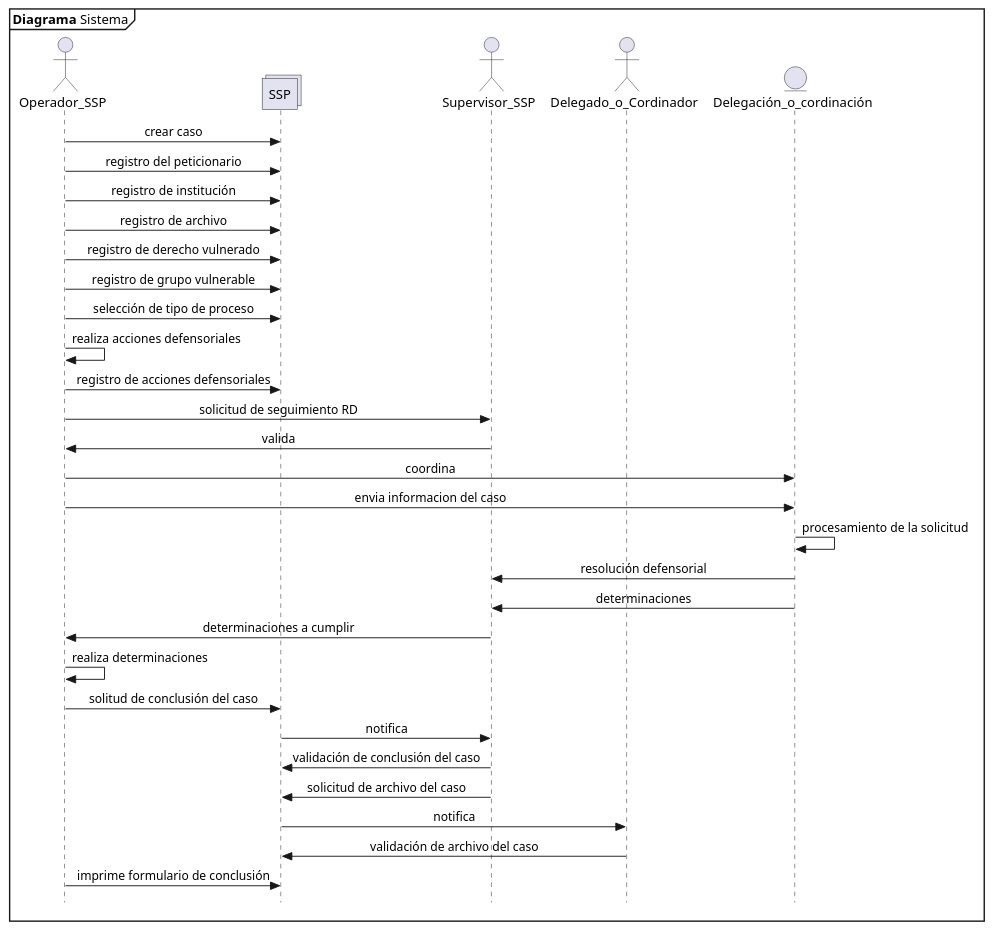
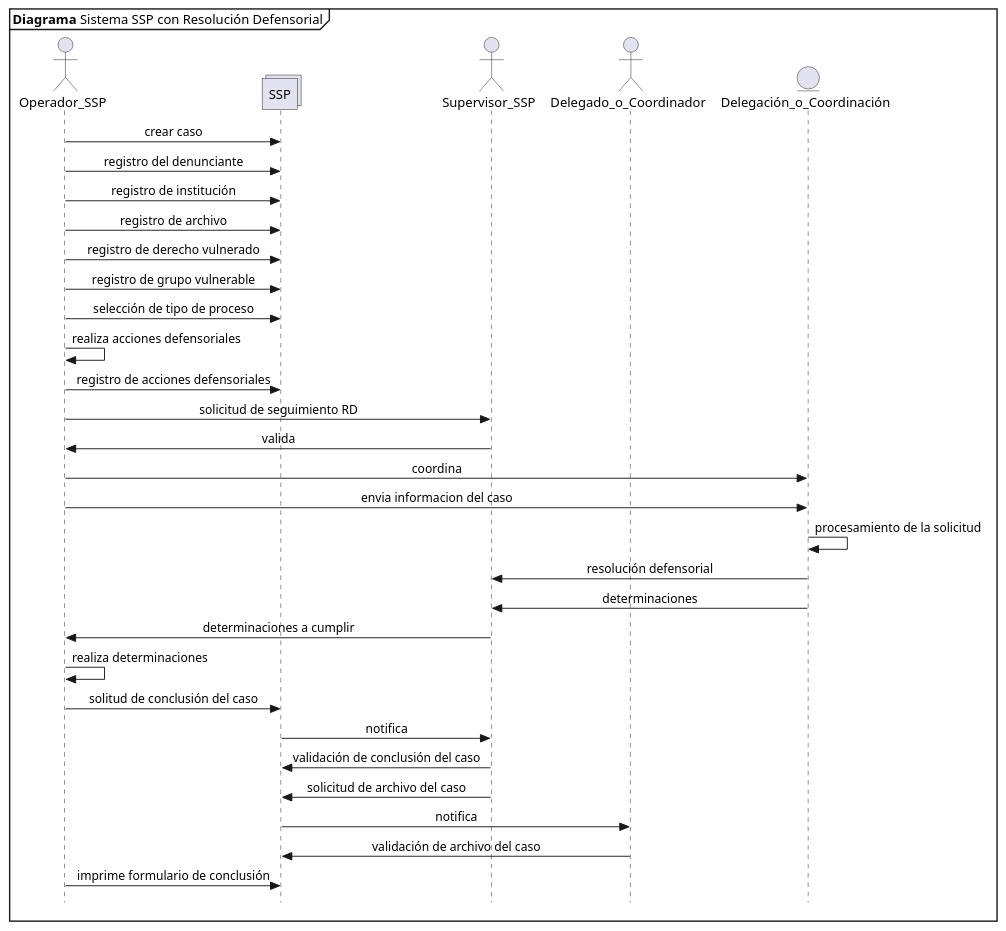
Before and after one commit to n1m0d0/defdiag: the diagram in 08 diagrama sistema con resolucion defensorial.plantuml, drawn with PlantUML. The commit also changed 15 other files, not shown here.

```diff
--- a/08 diagrama sistema con resolucion defensorial.plantuml
+++ b/08 diagrama sistema con resolucion defensorial.plantuml
@@ -1,39 +1,39 @@
 @startuml Diagrama_Sistema
 skinparam Style strictuml
 skinparam SequenceMessageAlignment center
 
-mainframe **Diagrama** Sistema
+mainframe **Diagrama** Sistema SSP con Resolución Defensorial
 
 actor Operador_SSP as opssp
 collections SSP
 actor Supervisor_SSP as supssp
-actor Delegado_o_Cordinador as delcor
-entity Delegación_o_cordinación as delecord
+actor Delegado_o_Coordinador as delcor
+entity Delegación_o_Coordinación as delecord
 
 opssp->SSP: crear caso
-opssp->SSP: registro del peticionario
+opssp->SSP: registro del denunciante
 opssp->SSP: registro de institución 
 opssp->SSP: registro de archivo
 opssp->SSP: registro de derecho vulnerado
 opssp->SSP: registro de grupo vulnerable
 opssp->SSP: selección de tipo de proceso
 opssp->opssp: realiza acciones defensoriales
 opssp->SSP: registro de acciones defensoriales
 opssp->supssp: solicitud de seguimiento RD
 supssp->opssp: valida
 opssp->delecord: coordina
 opssp->delecord: envia informacion del caso 
 delecord->delecord: procesamiento de la solicitud
 delecord->supssp: resolución defensorial
 delecord->supssp: determinaciones
 supssp->opssp: determinaciones a cumplir
 opssp->opssp: realiza determinaciones
 opssp->SSP: solitud de conclusión del caso
 SSP->supssp: notifica
 supssp->SSP: validación de conclusión del caso
 supssp->SSP: solicitud de archivo del caso
 SSP->delcor: notifica
 delcor->SSP: validación de archivo del caso
 opssp->SSP: imprime formulario de conclusión
 
 @enduml
```
